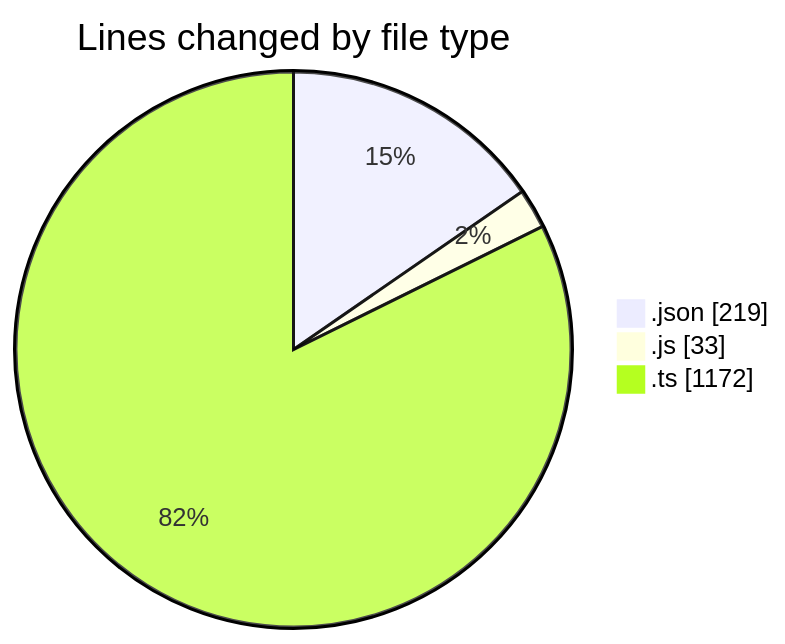
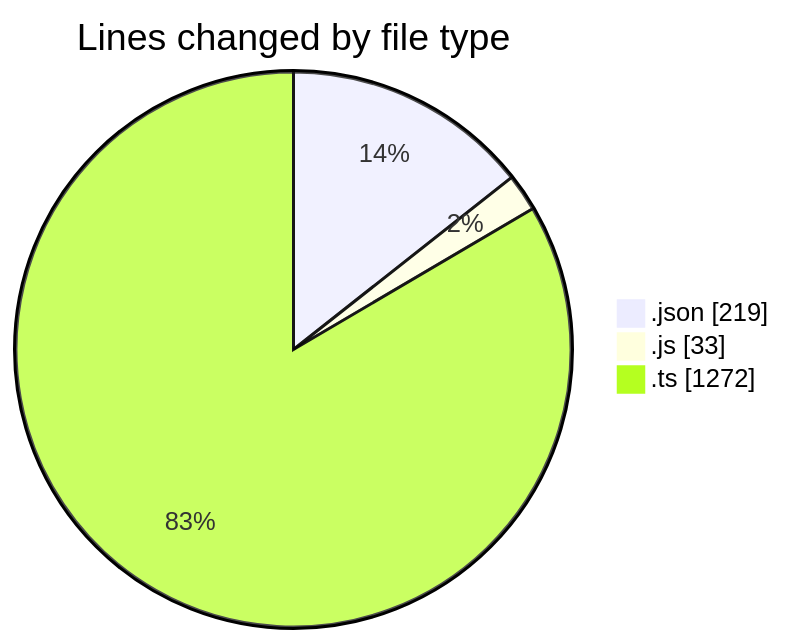
One commit to momahboobian/code-tracking changed the first of 2 diagrams in 2026-05-27/cda/README.md. Above: the diagram before and after it, drawn with Mermaid. The commit also changed other lines of this file and 1 other file, not shown here.

````diff
--- a/2026-05-27/cda/README.md
+++ b/2026-05-27/cda/README.md
@@ -27,7 +27,7 @@
 ```mermaid
 pie showData
 title Lines changed by file type
 ".json" : 219
 ".js" : 33
-".ts" : 1172
+".ts" : 1272
 ```
````
